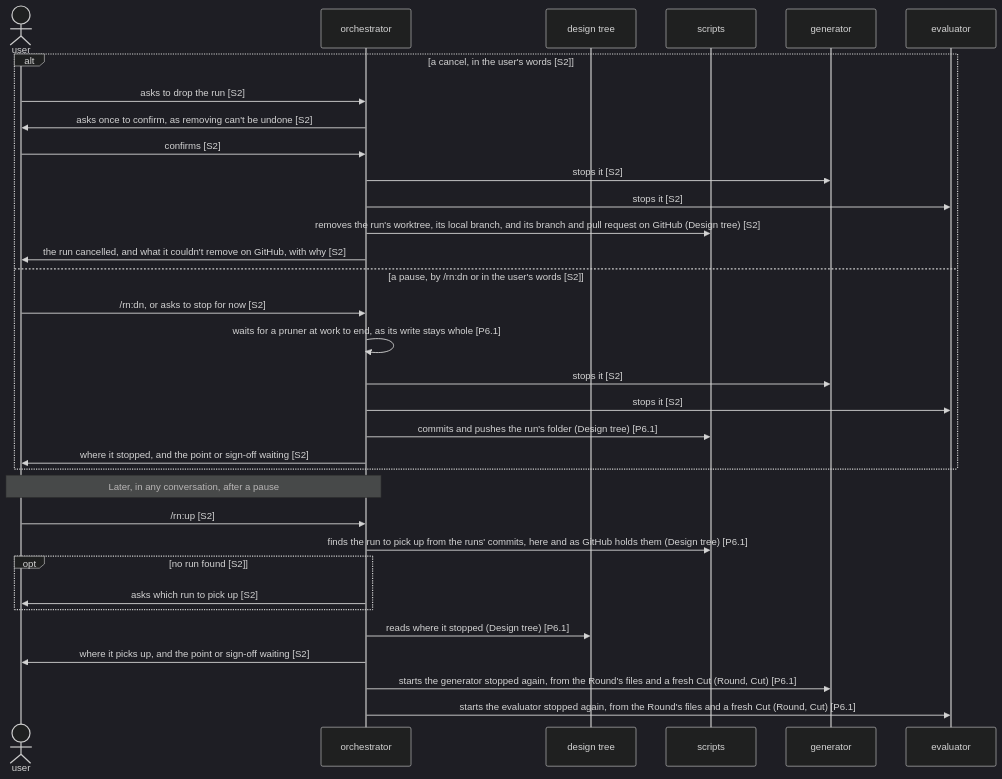
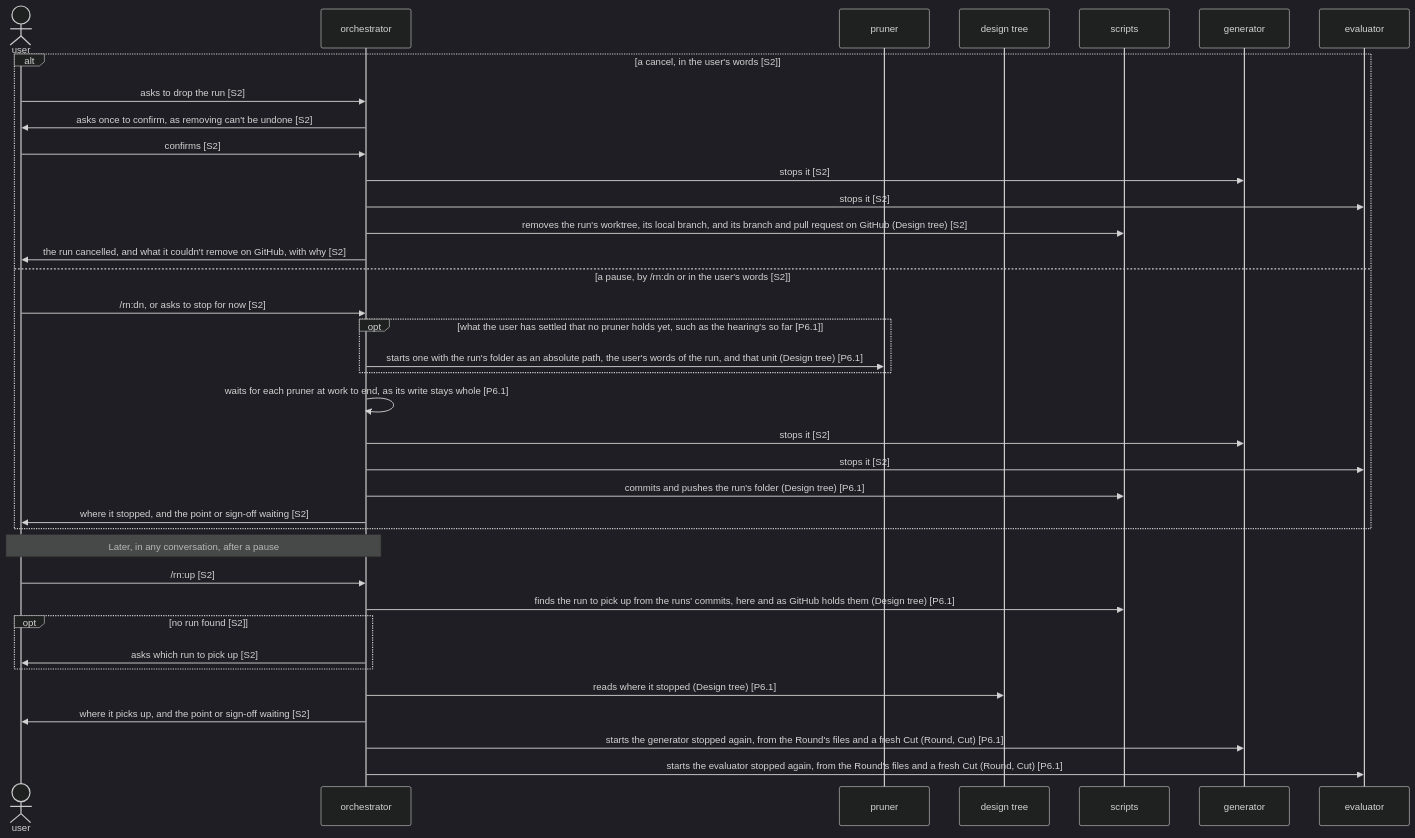
The second of 2 diagrams in dev/rn/architecture.md (lovaizu/ccpm), drawn with Mermaid (dark theme) before and after one commit. The commit also changed other lines of this file and 1 other file, not shown here.

First line of the commit message:
rn: its architecture weighs the design tree in units, and the hearing is a talk with the user

````diff
--- a/dev/rn/architecture.md
+++ b/dev/rn/architecture.md
@@ -289,35 +310,39 @@
 ```mermaid
 sequenceDiagram
   actor U as user
   participant O as orchestrator
+  participant P as pruner
   participant T as design tree
   participant S as scripts
   participant G as generator
   participant E as evaluator
   alt a cancel, in the user's words [S2]
     U->>O: asks to drop the run [S2]
     O->>U: asks once to confirm, as removing can't be undone [S2]
     U->>O: confirms [S2]
     O->>G: stops it [S2]
     O->>E: stops it [S2]
     O->>S: removes the run's worktree, its local branch, and its branch and pull request on GitHub (Design tree) [S2]
     O->>U: the run cancelled, and what it couldn't remove on GitHub, with why [S2]
   else a pause, by /rn:dn or in the user's words [S2]
     U->>O: /rn:dn, or asks to stop for now [S2]
-    O->>O: waits for a pruner at work to end, as its write stays whole [P6.1]
+    opt what the user has settled that no pruner holds yet, such as the hearing's so far [P6.1]
+      O->>P: starts one with the run's folder as an absolute path, the user's words of the run, and that unit (Design tree) [P6.1]
+    end
+    O->>O: waits for each pruner at work to end, as its write stays whole [P6.1]
     O->>G: stops it [S2]
     O->>E: stops it [S2]
     O->>S: commits and pushes the run's folder (Design tree) [P6.1]
     O->>U: where it stopped, and the point or sign-off waiting [S2]
   end
   Note over U,O: Later, in any conversation, after a pause
   U->>O: /rn:up [S2]
   O->>S: finds the run to pick up from the runs' commits, here and as GitHub holds them (Design tree) [P6.1]
   opt no run found [S2]
     O->>U: asks which run to pick up [S2]
   end
   O->>T: reads where it stopped (Design tree) [P6.1]
   O->>U: where it picks up, and the point or sign-off waiting [S2]
   O->>G: starts the generator stopped again, from the Round's files and a fresh Cut (Round, Cut) [P6.1]
   O->>E: starts the evaluator stopped again, from the Round's files and a fresh Cut (Round, Cut) [P6.1]
 ```
````
